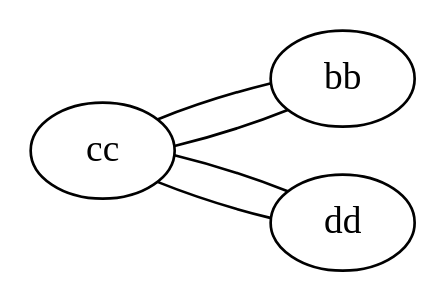
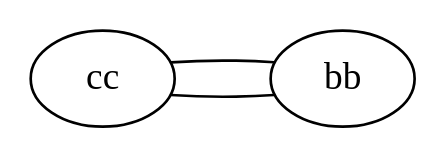
One commit to matiuuh/-EDD-Proyecto1_202203009 changed the diagram in pruebas/matrizRelacionRemitente.dot. Above: the diagram before and after it, drawn with Graphviz. The commit also changed 21 other files, not shown here.

```diff
--- a/pruebas/matrizRelacionRemitente.dot
+++ b/pruebas/matrizRelacionRemitente.dot
@@ -1,11 +1,8 @@
 graph g {
 rankdir=LR;
 "cc";
 "cc" -- "bb";
-"cc" -- "dd";
 "bb";
 "bb" -- "cc";
-"dd";
-"dd" -- "cc";
-"dd";
+"bb";
 }
```
